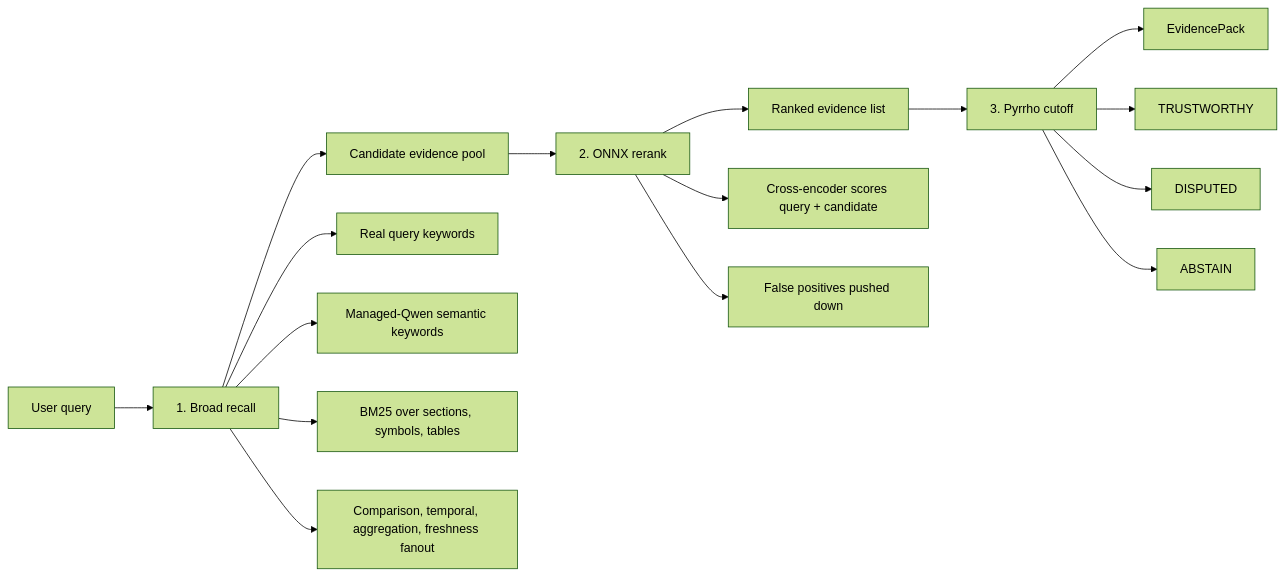
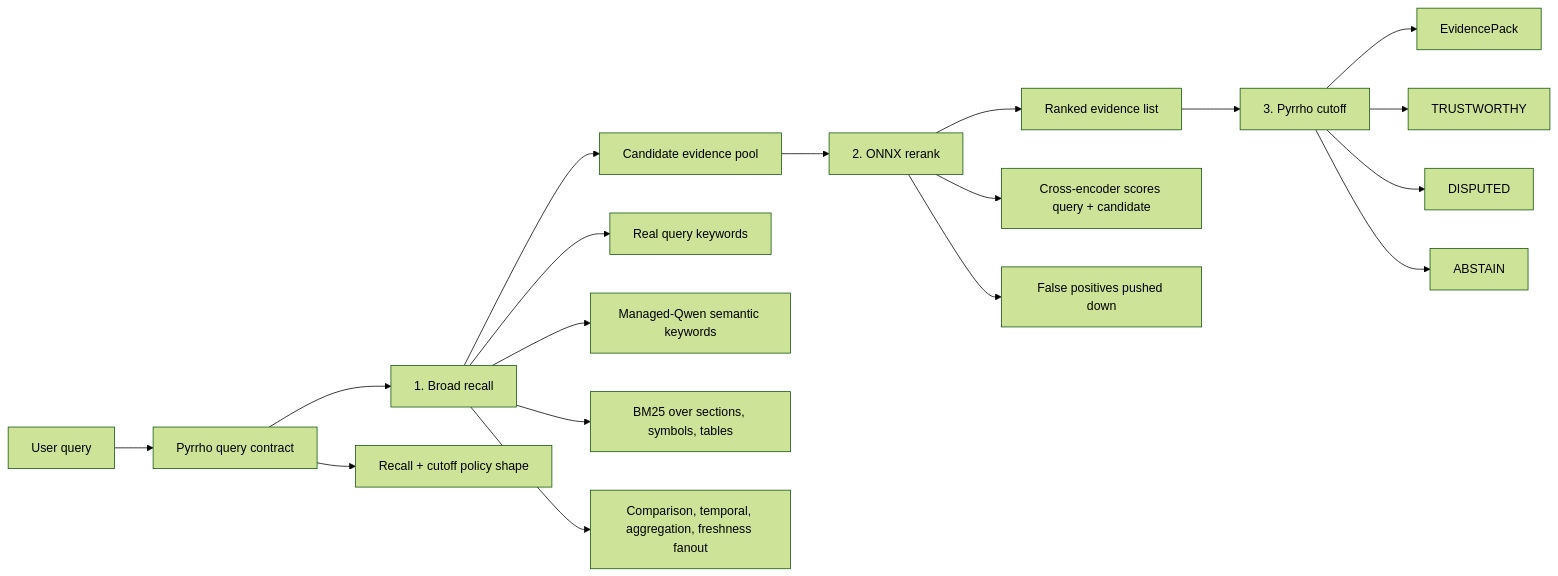
One commit to yafitzdev/fitz changed the first of 3 diagrams in docs/features/retrieval/three-stage-strategy.md. Above: the diagram before and after it, drawn with Mermaid (forest theme). The commit also changed other lines of this file and 12 other files, not shown here.

````diff
--- a/docs/features/retrieval/three-stage-strategy.md
+++ b/docs/features/retrieval/three-stage-strategy.md
@@ -22,21 +25,24 @@
 ```mermaid
 flowchart LR
-    Q["User query"] --> R["1. Broad recall"]
+    Q["User query"] --> QC["Pyrrho query contract"]
+    QC --> R["1. Broad recall"]
     R --> C["Candidate evidence pool"]
     C --> K["2. ONNX rerank"]
     K --> L["Ranked evidence list"]
     L --> P["3. Pyrrho cutoff"]
     P --> E["EvidencePack"]
+
+    QC --> QC1["Recall + cutoff policy shape"]
 
     R --> R1["Real query keywords"]
     R --> R2["Managed-Qwen semantic keywords"]
     R --> R3["BM25 over sections, symbols, tables"]
     R --> R4["Comparison, temporal, aggregation, freshness fanout"]
 
     K --> K1["Cross-encoder scores query + candidate"]
     K --> K2["False positives pushed down"]
 
     P --> P1["TRUSTWORTHY"]
     P --> P2["DISPUTED"]
     P --> P3["ABSTAIN"]
 ```
````
